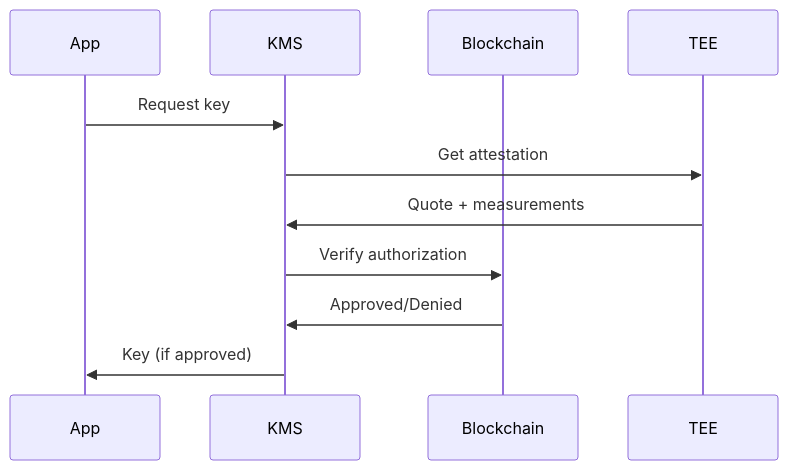
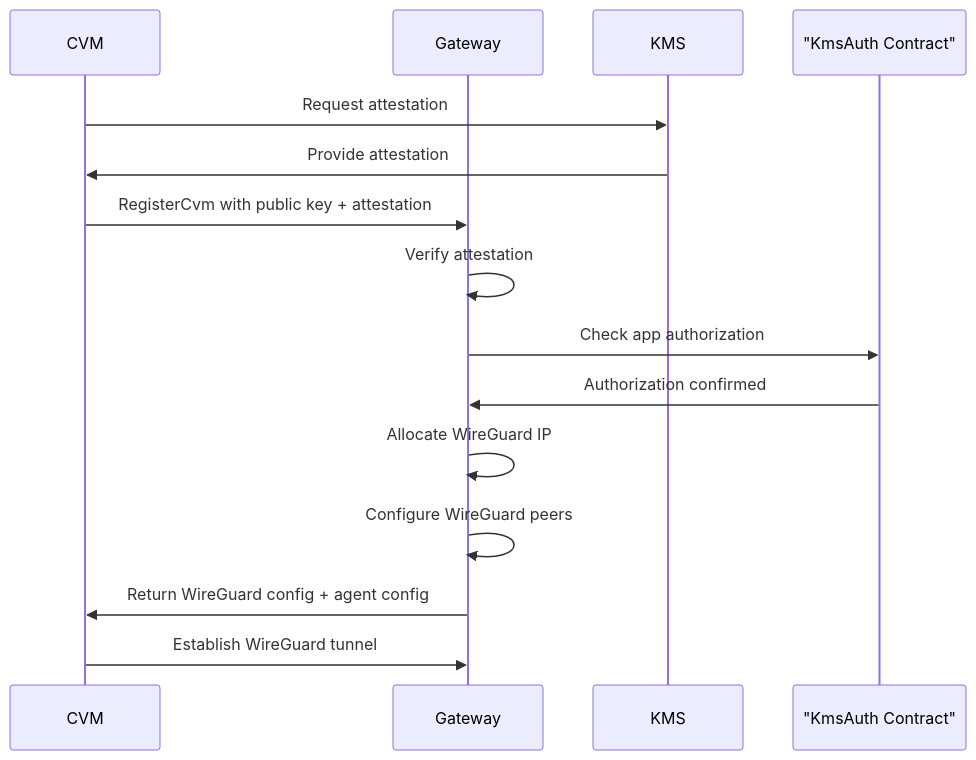
One commit to Dstack-TEE/dstack changed the second of 7 diagrams in docs/concepts/core-components.mdx. Above: the diagram before and after it, drawn with Mermaid. The commit also changed other lines of this file and 6 other files, not shown here.

````diff
--- a/docs/concepts/core-components.mdx
+++ b/docs/concepts/core-components.mdx
@@ -308,14 +215,18 @@
 ```mermaid
 sequenceDiagram
-    participant App
+    participant CVM
+    participant Gateway
     participant KMS
-    participant Blockchain
-    participant TEE
+    participant Auth as "KmsAuth Contract"
     
-    App->>KMS: Request key
-    KMS->>TEE: Get attestation
-    TEE->>KMS: Quote + measurements
-    KMS->>Blockchain: Verify authorization
-    Blockchain->>KMS: Approved/Denied
-    KMS->>App: Key (if approved)
+    CVM->>KMS: Request attestation
+    KMS->>CVM: Provide attestation
+    CVM->>Gateway: RegisterCvm with public key + attestation
+    Gateway->>Gateway: Verify attestation
+    Gateway->>Auth: Check app authorization
+    Auth->>Gateway: Authorization confirmed
+    Gateway->>Gateway: Allocate WireGuard IP
+    Gateway->>Gateway: Configure WireGuard peers
+    Gateway->>CVM: Return WireGuard config + agent config
+    CVM->>Gateway: Establish WireGuard tunnel
 ```
````
